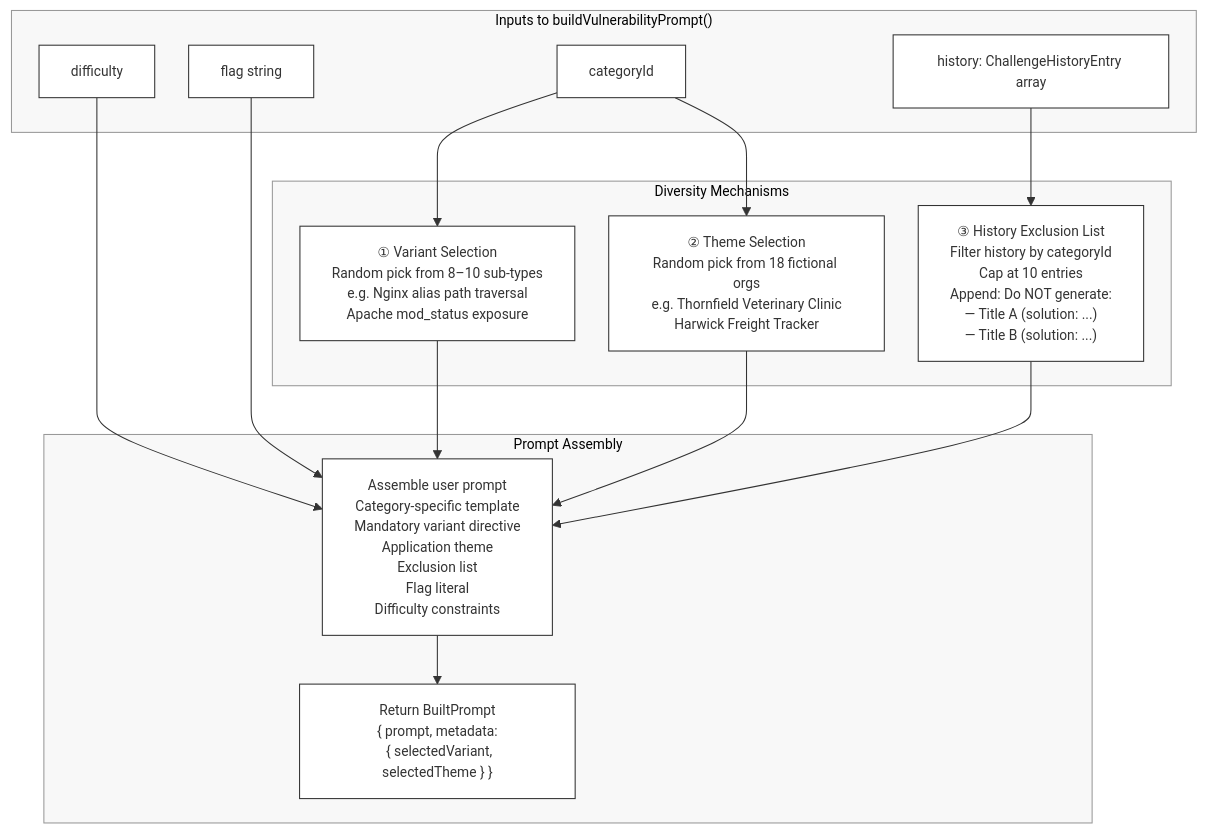
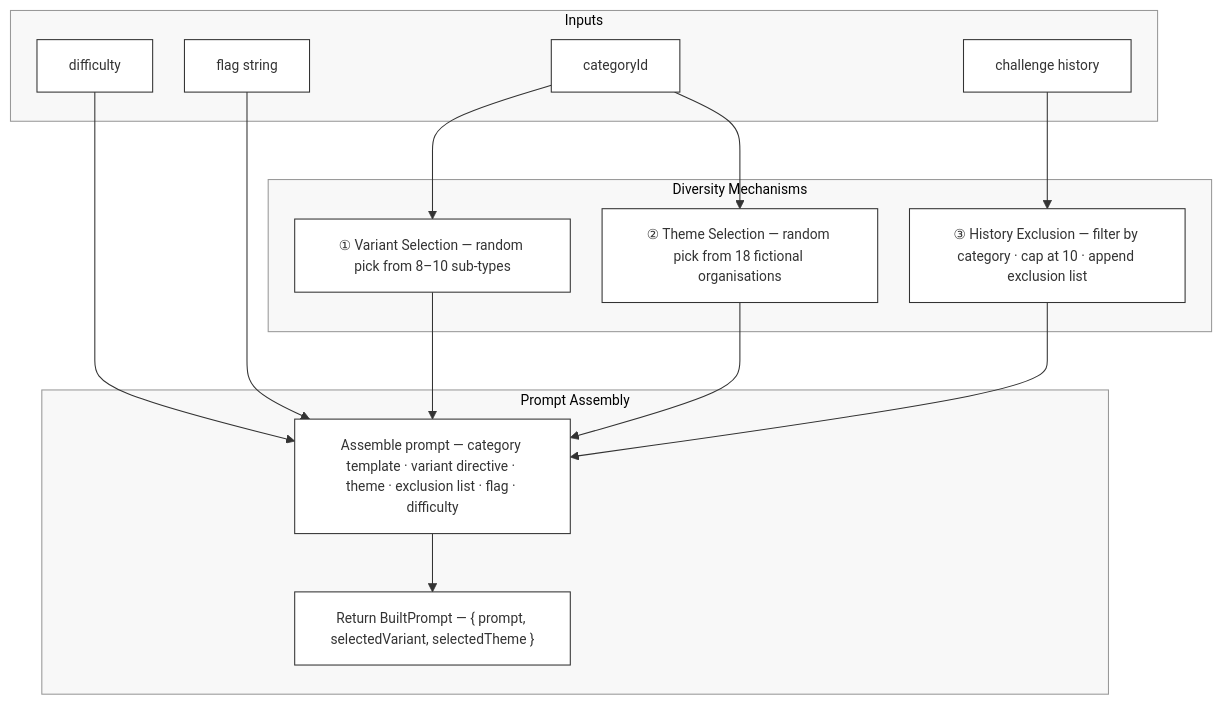
The diagram in mermaid/from-spec/generation_prompt.mmd (Haris-AK/vulnforge-dissertation), drawn with Mermaid before and after one commit. The commit also changed 23 other files, not shown here.

First line of the commit message:
docs: update to diagram

```diff
--- a/mermaid/from-spec/generation_prompt.mmd
+++ b/mermaid/from-spec/generation_prompt.mmd
@@ -1,48 +1,42 @@
 %%{init: {
   "flowchart": {
     "htmlLabels": true,
-    "nodeSpacing": 32,
-    "rankSpacing": 46,
+    "nodeSpacing": 30,
+    "rankSpacing": 55,
     "curve": "basis"
   },
   "theme": "base",
   "themeVariables": {
     "fontFamily": "Times New Roman, serif",
     "fontSize": "13px",
     "primaryColor": "#ffffff",
     "primaryBorderColor": "#333333",
     "lineColor": "#333333",
     "clusterBkg": "#f8f8f8",
     "clusterBorder": "#999999"
   }
 }}%%
 flowchart TD
-    subgraph INPUT["Inputs to buildVulnerabilityPrompt()"]
+    subgraph INPUT["Inputs"]
         CAT[categoryId]
         DIFF[difficulty]
         FLAG_IN[flag string]
-        HIST[history: ChallengeHistoryEntry array]
+        HIST[challenge history]
     end
 
     subgraph DIVERSITY["Diversity Mechanisms"]
-        VSEL["① Variant Selection\nRandom pick from 8–10 sub-types\ne.g. Nginx alias path traversal\nApache mod_status exposure"]
-        TSEL["② Theme Selection\nRandom pick from 18 fictional orgs\ne.g. Thornfield Veterinary Clinic\nHarwick Freight Tracker"]
-        EXCL["③ History Exclusion List\nFilter history by categoryId\nCap at 10 entries\nAppend: Do NOT generate:\n— Title A (solution: ...)\n— Title B (solution: ...)"]
+        VSEL["① Variant Selection — random pick from 8–10 sub-types"]
+        TSEL["② Theme Selection — random pick from 18 fictional organisations"]
+        EXCL["③ History Exclusion — filter by category · cap at 10 · append exclusion list"]
     end
 
     subgraph ASSEMBLY["Prompt Assembly"]
-        PROMPT_BUILD["Assemble user prompt\nCategory-specific template\nMandatory variant directive\nApplication theme\nExclusion list\nFlag literal\nDifficulty constraints"]
-        META["Return BuiltPrompt\n{ prompt, metadata:\n  { selectedVariant, selectedTheme } }"]
+        PROMPT_BUILD["Assemble prompt — category template · variant directive · theme · exclusion list · flag · difficulty"]
+        META["Return BuiltPrompt — { prompt, selectedVariant, selectedTheme }"]
     end
 
-    CAT --> VSEL
-    CAT --> TSEL
+    CAT --> VSEL & TSEL
     HIST --> EXCL
-    DIFF --> PROMPT_BUILD
-    FLAG_IN --> PROMPT_BUILD
-
-    VSEL --> PROMPT_BUILD
-    TSEL --> PROMPT_BUILD
-    EXCL --> PROMPT_BUILD
-
+    DIFF & FLAG_IN --> PROMPT_BUILD
+    VSEL & TSEL & EXCL --> PROMPT_BUILD
     PROMPT_BUILD --> META
```
